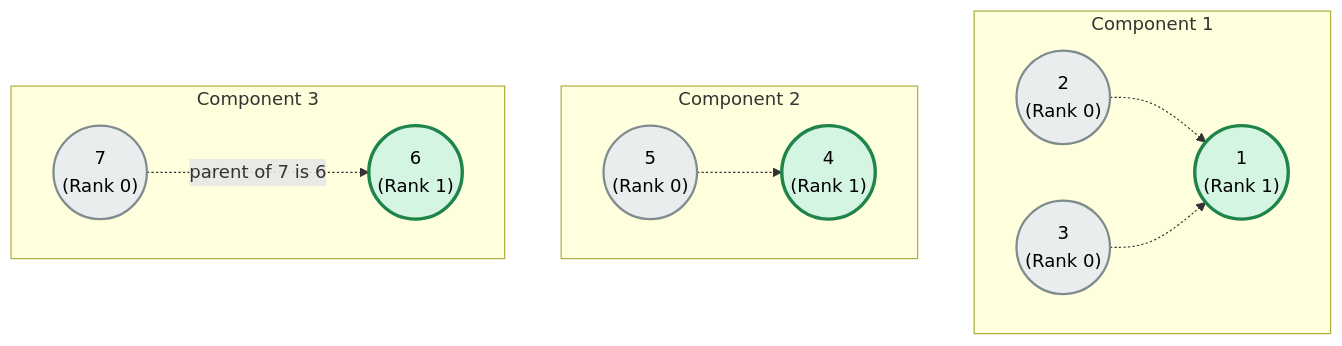
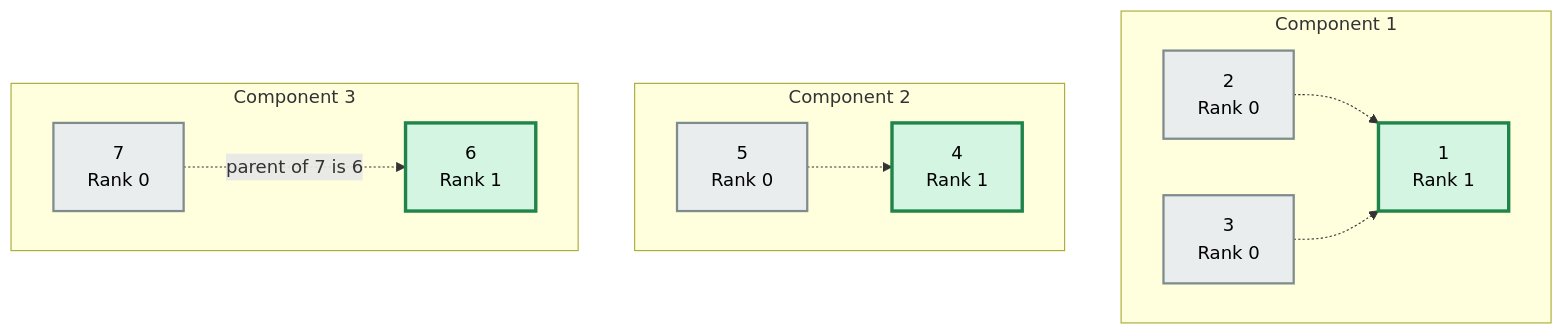
One commit to muntasir24/DSA_Practice changed diagram 15 of 36 in Graph/DSU_README.md. Above: the diagram before and after it, drawn with Mermaid. The commit also changed other lines of this file, not shown here.

````diff
--- a/Graph/DSU_README.md
+++ b/Graph/DSU_README.md
@@ -605,29 +605,29 @@
 ```mermaid
 graph TD
     subgraph Component_1 ["Component 1"]
-        1(("1<br>(Rank 1)")):::boss
-        2(("2<br>(Rank 0)")):::child
-        3(("3<br>(Rank 0)")):::child
+        1["1<br>Rank 1"]:::boss
+        2["2<br>Rank 0"]:::child
+        3["3<br>Rank 0"]:::child
         
         2 -.-> 1
         3 -.-> 1
     end
 
     subgraph Component_2 ["Component 2"]
-        4(("4<br>(Rank 1)")):::boss
-        5(("5<br>(Rank 0)")):::child
+        4["4<br>Rank 1"]:::boss
+        5["5<br>Rank 0"]:::child
         
         5 -.-> 4
     end
 
     subgraph Component_3 ["Component 3"]
-        6(("6<br>(Rank 1)")):::boss
-        7(("7<br>(Rank 0)")):::child
+        6["6<br>Rank 1"]:::boss
+        7["7<br>Rank 0"]:::child
         
         7 -. "parent of 7 is 6" .-> 6
     end
 
     %% Styling
     classDef boss fill:#D5F5E3,stroke:#1E8449,stroke-width:3px,color:#000000;
     classDef child fill:#EAEDED,stroke:#7F8C8D,stroke-width:2px,color:#000000;
 ```
````
